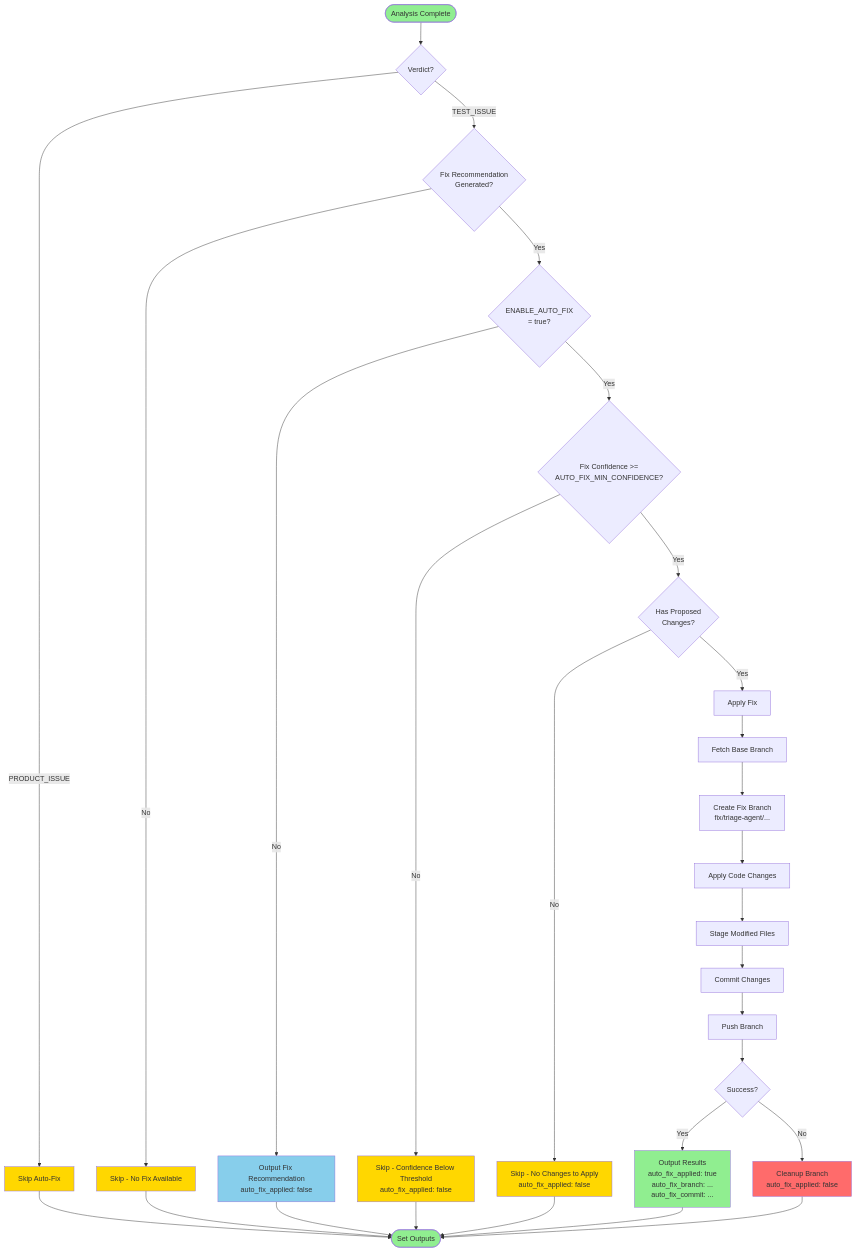
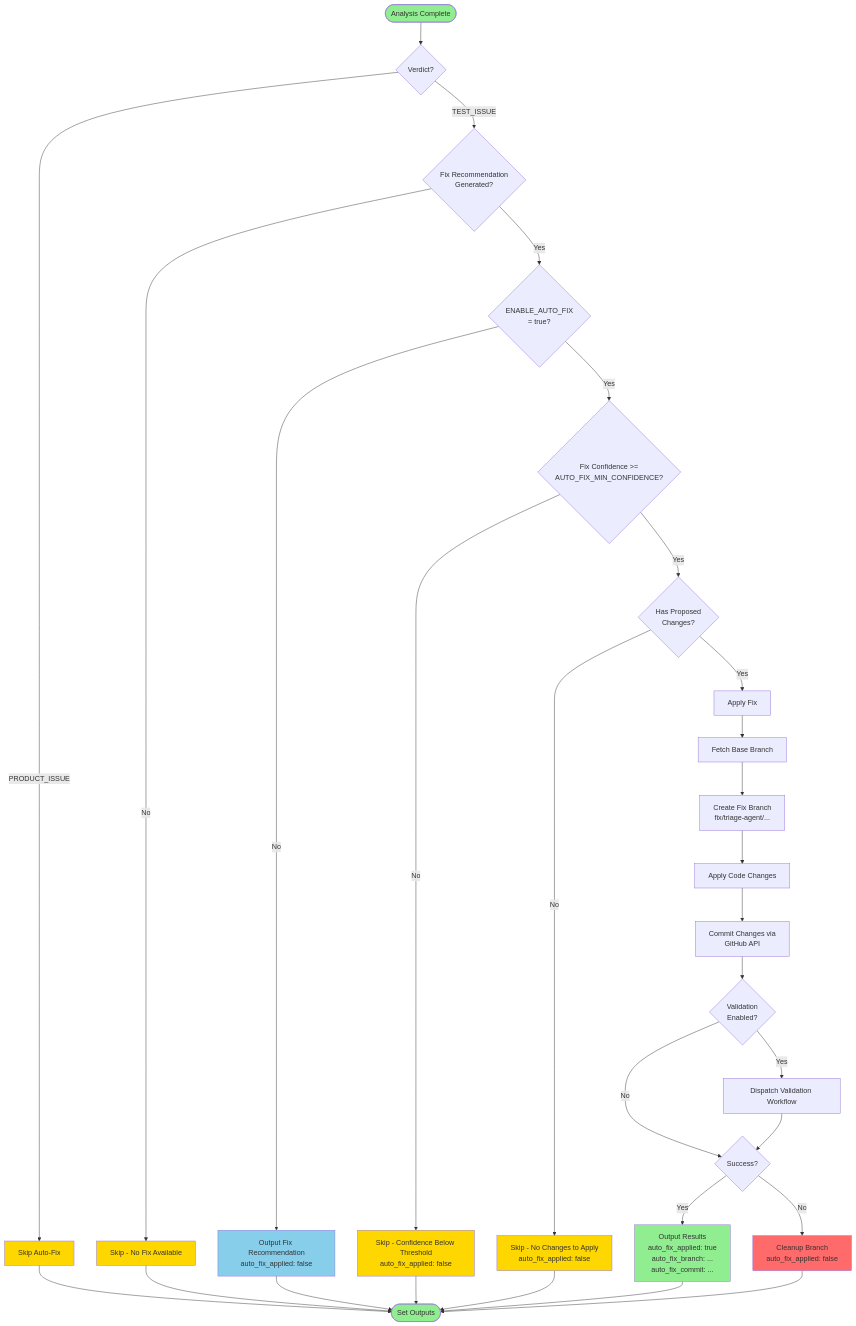
One commit to adept-at/adept-triage-agent changed the third of 3 diagrams in docs/ARCHITECTURE.md. Above: the diagram before and after it, drawn with Mermaid. The commit also changed other lines of this file and 33 other files, not shown here.

````diff
--- a/docs/ARCHITECTURE.md
+++ b/docs/ARCHITECTURE.md
@@ -684,48 +703,49 @@
 ```mermaid
 flowchart TD
     START([Analysis Complete]) --> CHECK_VERDICT{Verdict?}
 
     CHECK_VERDICT --> |PRODUCT_ISSUE| SKIP_PRODUCT[Skip Auto-Fix]
     CHECK_VERDICT --> |TEST_ISSUE| CHECK_FIX{Fix Recommendation<br/>Generated?}
 
     CHECK_FIX --> |No| SKIP_NO_FIX[Skip - No Fix Available]
     CHECK_FIX --> |Yes| CHECK_ENABLED{ENABLE_AUTO_FIX<br/>= true?}
 
     CHECK_ENABLED --> |No| OUTPUT_FIX_ONLY[Output Fix Recommendation<br/>auto_fix_applied: false]
     CHECK_ENABLED --> |Yes| CHECK_CONFIDENCE{Fix Confidence >=<br/>AUTO_FIX_MIN_CONFIDENCE?}
 
     CHECK_CONFIDENCE --> |No| SKIP_LOW_CONF[Skip - Confidence Below Threshold<br/>auto_fix_applied: false]
     CHECK_CONFIDENCE --> |Yes| CHECK_CHANGES{Has Proposed<br/>Changes?}
 
     CHECK_CHANGES --> |No| SKIP_NO_CHANGES[Skip - No Changes to Apply<br/>auto_fix_applied: false]
     CHECK_CHANGES --> |Yes| APPLY_FIX[Apply Fix]
 
     APPLY_FIX --> FETCH_BASE[Fetch Base Branch]
     FETCH_BASE --> CREATE_BRANCH[Create Fix Branch<br/>fix/triage-agent/...]
     CREATE_BRANCH --> APPLY_CHANGES[Apply Code Changes]
-    APPLY_CHANGES --> STAGE_FILES[Stage Modified Files]
-    STAGE_FILES --> COMMIT[Commit Changes]
-    COMMIT --> PUSH[Push Branch]
+    APPLY_CHANGES --> COMMIT[Commit Changes via<br/>GitHub API]
+    COMMIT --> VALIDATE{Validation<br/>Enabled?}
+    VALIDATE -->|Yes| DISPATCH[Dispatch Validation Workflow]
+    VALIDATE -->|No| SUCCESS
 
-    PUSH --> SUCCESS{Success?}
+    DISPATCH --> SUCCESS{Success?}
     SUCCESS --> |Yes| OUTPUT_SUCCESS[Output Results<br/>auto_fix_applied: true<br/>auto_fix_branch: ...<br/>auto_fix_commit: ...]
     SUCCESS --> |No| CLEANUP[Cleanup Branch<br/>auto_fix_applied: false]
 
     SKIP_PRODUCT --> END_OUTPUT([Set Outputs])
     SKIP_NO_FIX --> END_OUTPUT
     OUTPUT_FIX_ONLY --> END_OUTPUT
     SKIP_LOW_CONF --> END_OUTPUT
     SKIP_NO_CHANGES --> END_OUTPUT
     OUTPUT_SUCCESS --> END_OUTPUT
     CLEANUP --> END_OUTPUT
 
     style START fill:#90EE90
     style OUTPUT_SUCCESS fill:#90EE90
     style SKIP_PRODUCT fill:#FFD700
     style SKIP_NO_FIX fill:#FFD700
     style OUTPUT_FIX_ONLY fill:#87CEEB
     style SKIP_LOW_CONF fill:#FFD700
     style SKIP_NO_CHANGES fill:#FFD700
     style CLEANUP fill:#FF6B6B
     style END_OUTPUT fill:#90EE90
 ```
````
